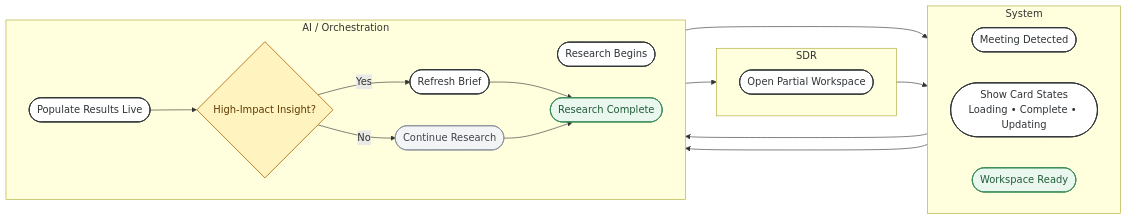
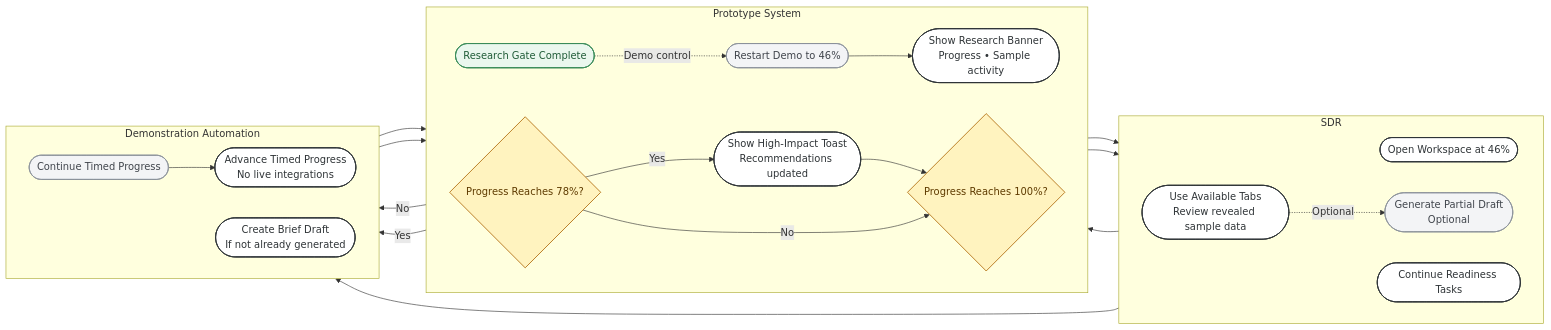
The third of 5 diagrams in sprint-2-user-flows/Sprint2-User-Flows-Mermaid.md (disco-kitt/notion-sdr-meeting-readiness-agent), drawn with Mermaid before and after one commit. The commit also changed other lines of this file and 17 other files, not shown here.

Commit message:
Refine usability flows for the meeting readiness prototype

````diff
--- a/sprint-2-user-flows/Sprint2-User-Flows-Mermaid.md
+++ b/sprint-2-user-flows/Sprint2-User-Flows-Mermaid.md
@@ -83,34 +94,41 @@
 ```mermaid
 flowchart LR
   subgraph SDR[SDR]
     direction LR
-    workspace([Open Partial Workspace])
+    start([Open Workspace at 46%])
+    partial([Use Available Tabs<br/>Review revealed sample data])
+    draft([Generate Partial Draft<br/>Optional])
+    prep([Continue Readiness Tasks])
   end
-  subgraph SYS[System]
+  subgraph SYS[Prototype System]
     direction LR
-    detected([Meeting Detected])
-    states([Show Card States<br/>Loading • Complete • Updating])
-    ready([Workspace Ready])
+    banner([Show Research Banner<br/>Progress • Sample activity])
+    impact{Progress Reaches 78%?}
+    toast([Show High-Impact Toast<br/>Recommendations updated])
+    complete{Progress Reaches 100%?}
+    ready([Research Gate Complete])
+    restart([Restart Demo to 46%])
   end
-  subgraph AI[AI / Orchestration]
+  subgraph AI[Demonstration Automation]
     direction LR
-    research([Research Begins])
-    populate([Populate Results Live]) --> impact{High-Impact Insight?}
-    refresh([Refresh Brief])
-    continue([Continue Research])
-    complete([Research Complete])
+    advance([Advance Timed Progress<br/>No live integrations])
+    continue([Continue Timed Progress])
+    auto([Create Brief Draft<br/>If not already generated])
   end
-  detected --> research --> workspace --> states --> populate
-  impact -- Yes --> refresh --> complete
-  impact -- No --> continue --> complete
-  complete --> ready
-  class workspace,detected,states,research,populate,refresh action;
-  class impact decision;
-  class continue secondary;
-  class complete,ready status;
+  start --> banner --> partial --> advance --> impact
+  partial -. Optional .-> draft
+  impact -- Yes --> toast --> complete
+  impact -- No --> complete
+  complete -- No --> continue --> advance
+  complete -- Yes --> auto --> ready --> prep
+  ready -. Demo control .-> restart --> banner
+  class start,partial,prep,banner,toast,advance,auto action;
+  class impact,complete decision;
+  class draft,continue,restart secondary;
+  class ready status;
 classDef action fill:#FFFFFF,stroke:#2F3437,stroke-width:1.5px,color:#2F3437;
 classDef decision fill:#FFF3BF,stroke:#B7791F,stroke-width:1.5px,color:#5F3B00;
 classDef status fill:#EAF7EE,stroke:#3B8C5A,stroke-width:1.5px,color:#205C38;
 classDef external fill:#FFF8EE,stroke:#C8872E,stroke-width:1.5px,color:#62420F;
 classDef secondary fill:#F3F4F6,stroke:#8A9099,stroke-width:1.25px,color:#40454C;
 ```
````
